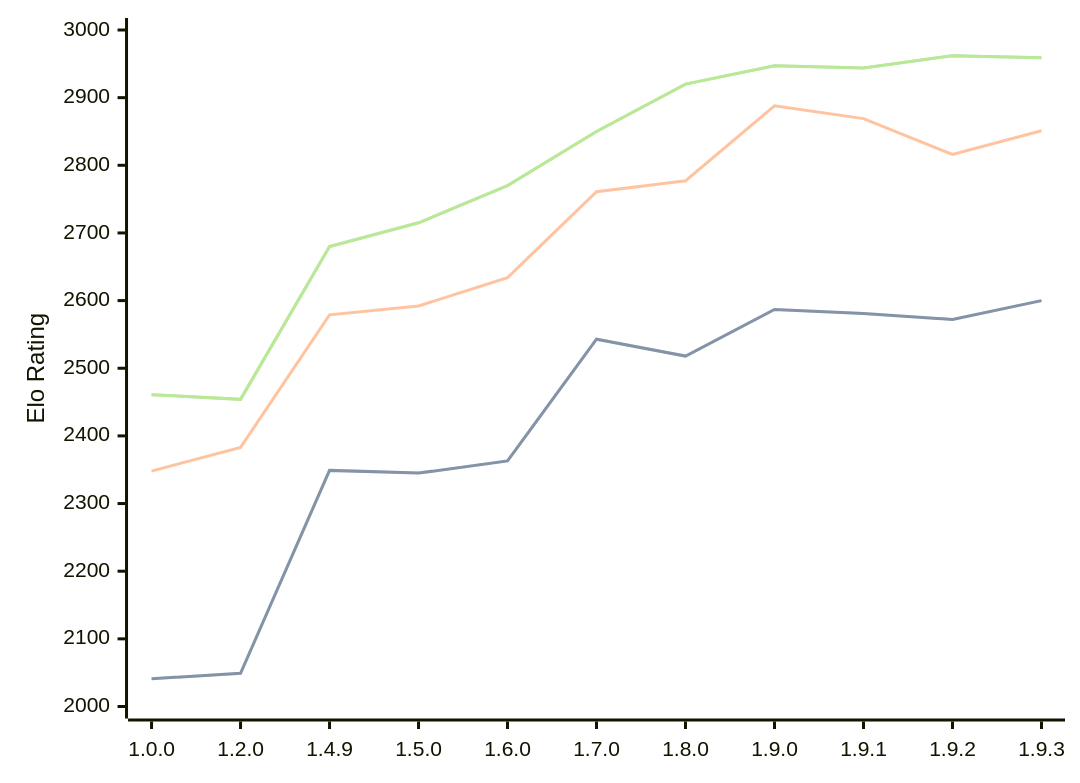
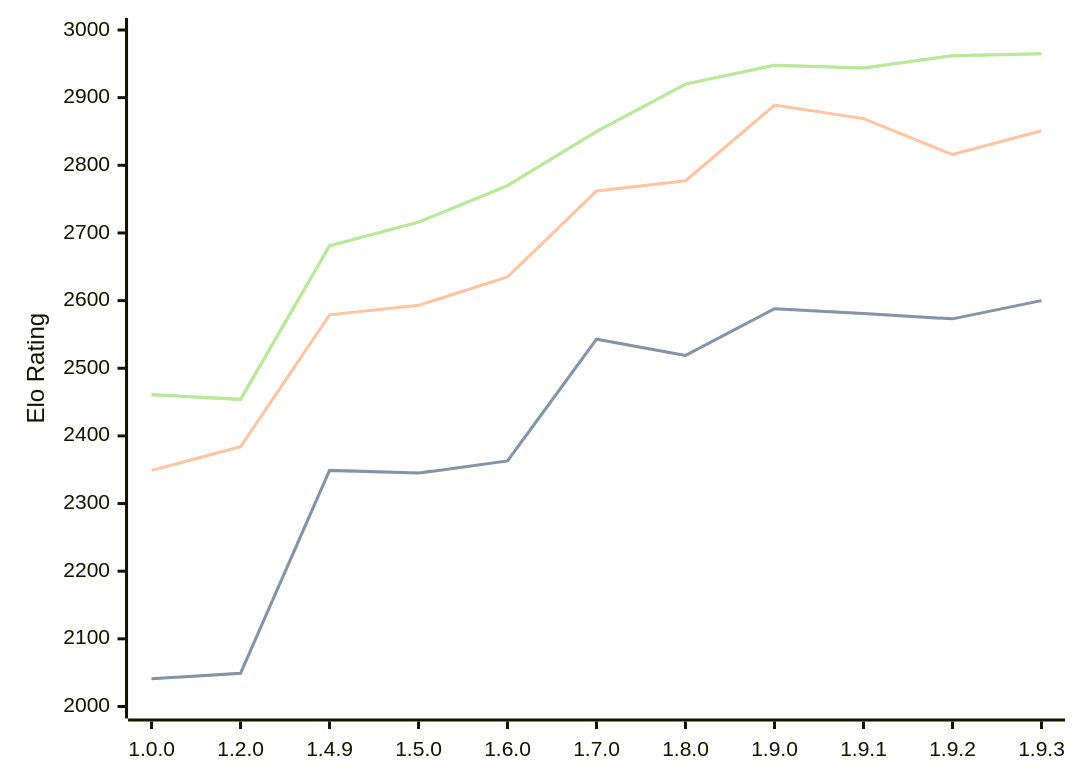
One commit to computer-chess-index/cci changed the diagram in engines/Basilisk.md. Above: the diagram before and after it, drawn with Mermaid. The commit also changed other lines of this file, not shown here.

Commit message:
Update CCI Ratings (ELO VLTC) - 2026-08-27

````diff
--- a/engines/Basilisk.md
+++ b/engines/Basilisk.md
@@ -54,11 +54,11 @@
 ```mermaid
 %%{init: {"theme":"base","themeVariables":{"seriesColors:['#a3a3a3','#222221','#faa371']}}}%%
 xychart-beta
   x-axis ["1.0.0", "1.2.0", "1.4.9", "1.5.0", "1.6.0", "1.7.0", "1.8.0", "1.9.0", "1.9.1", "1.9.2", "1.9.3"]
   y-axis "Elo Rating" 2000 --> 3000
-  line "STC (8.0+0.08s)" [2041, 2049, 2349, 2345, 2363, 2543, 2518, 2587, 2581, 2572, 2600]
-  line "STC (8.0+0.08s)" [2041, 2049, 2349, 2345, 2363, 2543, 2518, 2587, 2581, 2572, 2600]
-  line "LTC (60.0+0.60s)" [2348, 2383, 2579, 2592, 2634, 2761, 2777, 2888, 2869, 2816, 2851]
-  line "VLTC (2m24s+1.12s)" [2461, 2454, 2680, 2715, 2770, 2850, 2920, 2947, 2944, 2962, 2959]
-  line "VLTC (2m24s+1.12s)" [2461, 2454, 2680, 2715, 2770, 2850, 2920, 2947, 2944, 2962, 2959]
+  line "STC (8.0+0.08s)" [2041, 2049, 2349, 2345, 2363, 2543, 2519, 2588, 2581, 2573, 2600]
+  line "STC (8.0+0.08s)" [2041, 2049, 2349, 2345, 2363, 2543, 2519, 2588, 2581, 2573, 2600]
+  line "LTC (60.0+0.60s)" [2349, 2384, 2579, 2593, 2635, 2762, 2777, 2889, 2869, 2816, 2851]
+  line "VLTC (2m24s+1.12s)" [2461, 2454, 2681, 2716, 2770, 2850, 2920, 2948, 2944, 2962, 2965]
+  line "VLTC (2m24s+1.12s)" [2461, 2454, 2681, 2716, 2770, 2850, 2920, 2948, 2944, 2962, 2965]
 ```
````
